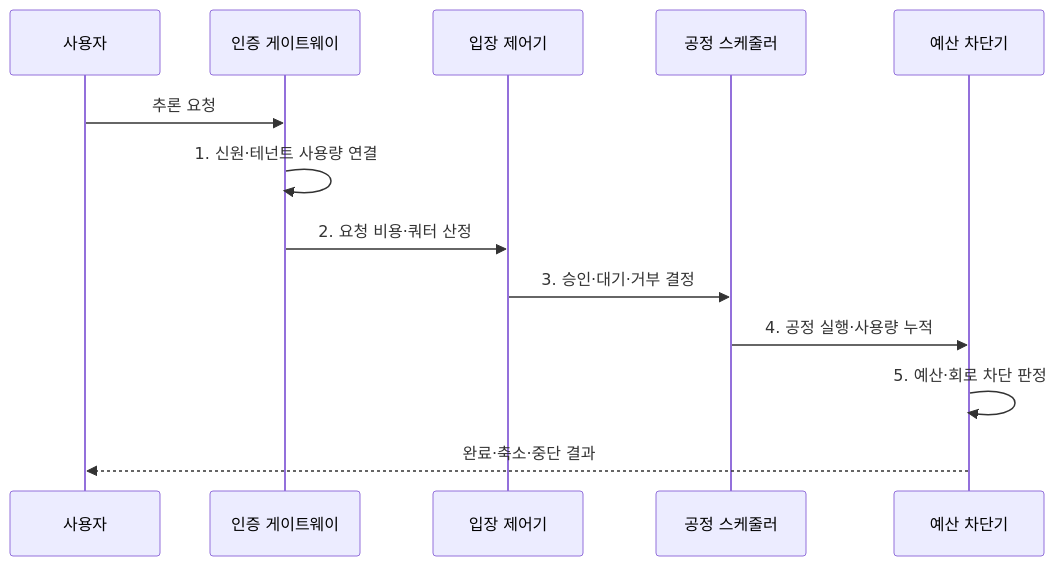
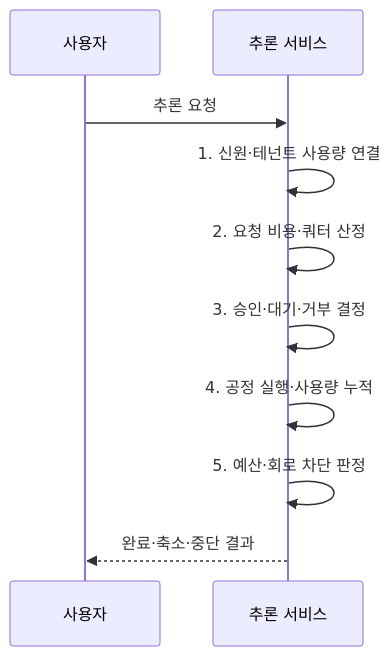
Before and after one commit to agnusdei1207/knowledge-base: the second of 2 diagrams in src/content/docs/notes/05-security/087_model_denial_of_service.md, drawn with Mermaid. The commit also changed 9 other files, not shown here.

Commit message:
Simplify AI security sequence actors

````diff
--- a/src/content/docs/notes/05-security/087_model_denial_of_service.md
+++ b/src/content/docs/notes/05-security/087_model_denial_of_service.md
@@ -98,15 +98,12 @@
 ```mermaid
 sequenceDiagram
     participant U as 사용자
-    participant G as 인증 게이트웨이
-    participant A as 입장 제어기
-    participant S as 공정 스케줄러
-    participant B as 예산 차단기
-    U->>G: 추론 요청
-    G->>G: 1. 신원·테넌트 사용량 연결
-    G->>A: 2. 요청 비용·쿼터 산정
-    A->>S: 3. 승인·대기·거부 결정
-    S->>B: 4. 공정 실행·사용량 누적
-    B->>B: 5. 예산·회로 차단 판정
-    B-->>U: 완료·축소·중단 결과
+    participant S as 추론 서비스
+    U->>S: 추론 요청
+    S->>S: 1. 신원·테넌트 사용량 연결
+    S->>S: 2. 요청 비용·쿼터 산정
+    S->>S: 3. 승인·대기·거부 결정
+    S->>S: 4. 공정 실행·사용량 누적
+    S->>S: 5. 예산·회로 차단 판정
+    S-->>U: 완료·축소·중단 결과
 ```
````
